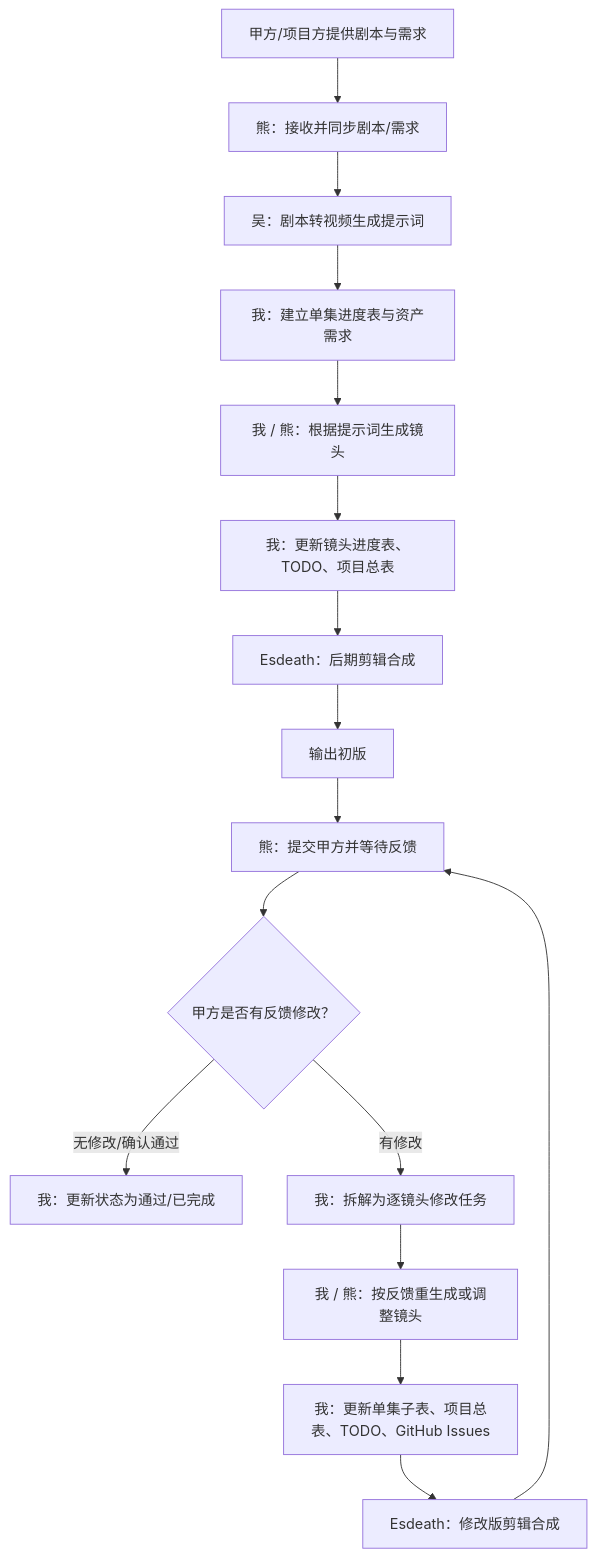
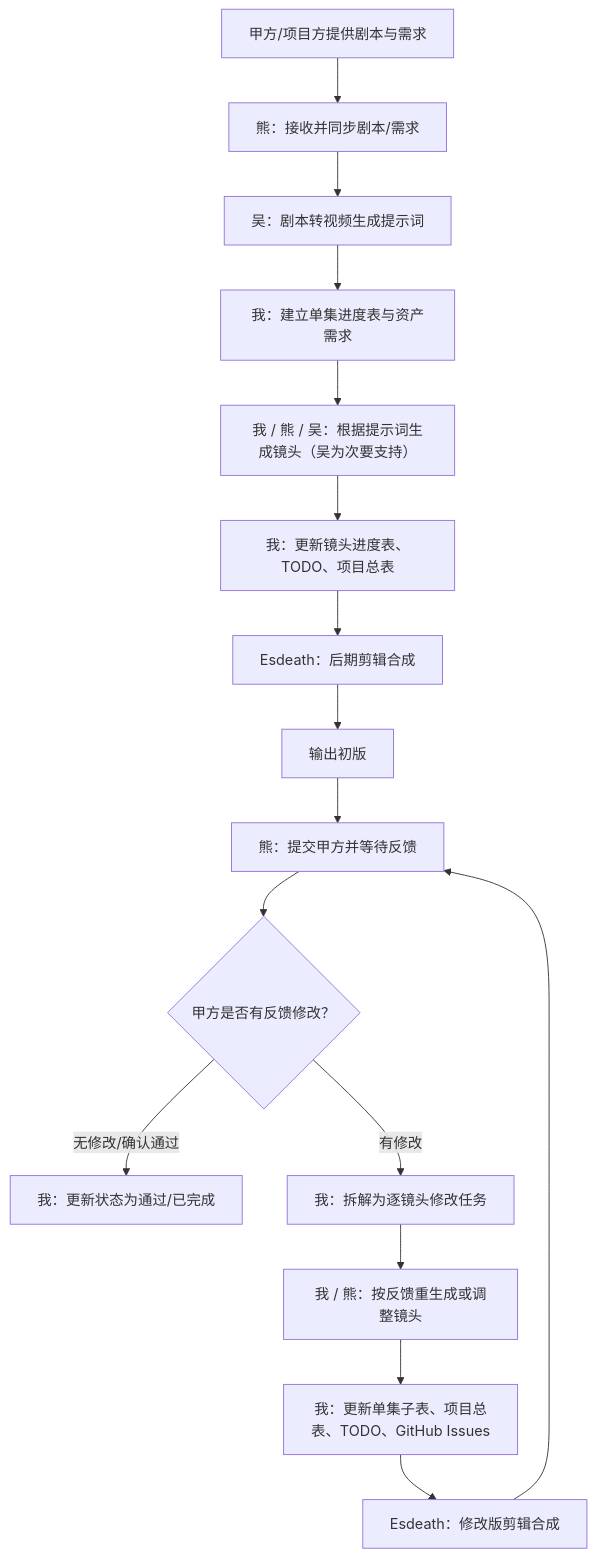
The first of 3 diagrams in 工作流程图.md (Patrick-MY/YeLoli_Epsidoe), drawn with Mermaid before and after one commit. The commit also changed other lines of this file and 3 other files, not shown here.

````diff
--- a/工作流程图.md
+++ b/工作流程图.md
@@ -5,18 +5,18 @@
 ```mermaid
 flowchart TD
     A["甲方/项目方提供剧本与需求"] --> B["熊：接收并同步剧本/需求"]
     B --> C["吴：剧本转视频生成提示词"]
     C --> D["我：建立单集进度表与资产需求"]
-    D --> E["我 / 熊：根据提示词生成镜头"]
+    D --> E["我 / 熊 / 吴：根据提示词生成镜头（吴为次要支持）"]
     E --> F["我：更新镜头进度表、TODO、项目总表"]
     F --> G["Esdeath：后期剪辑合成"]
     G --> H["输出初版"]
     H --> I["熊：提交甲方并等待反馈"]
     I --> J{"甲方是否有反馈修改？"}
     J -- "无修改/确认通过" --> K["我：更新状态为通过/已完成"]
     J -- "有修改" --> L["我：拆解为逐镜头修改任务"]
     L --> M["我 / 熊：按反馈重生成或调整镜头"]
     M --> N["我：更新单集子表、项目总表、TODO、GitHub Issues"]
     N --> O["Esdeath：修改版剪辑合成"]
     O --> I
 ```
````
